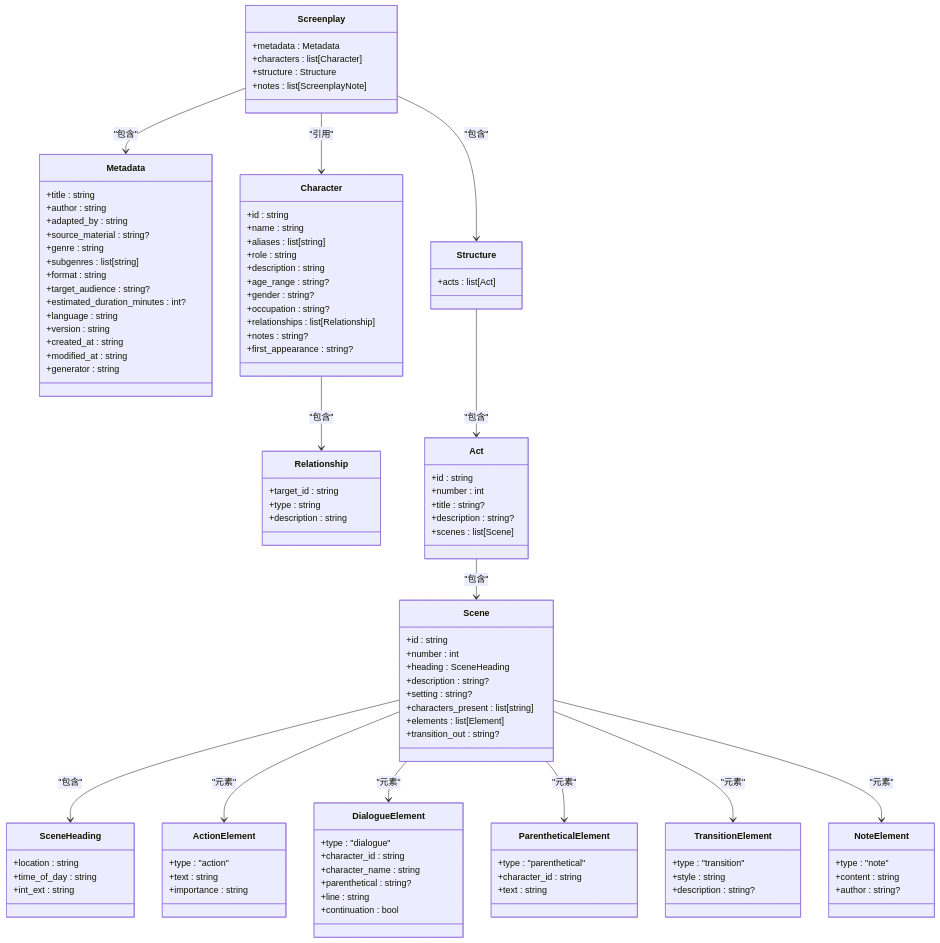
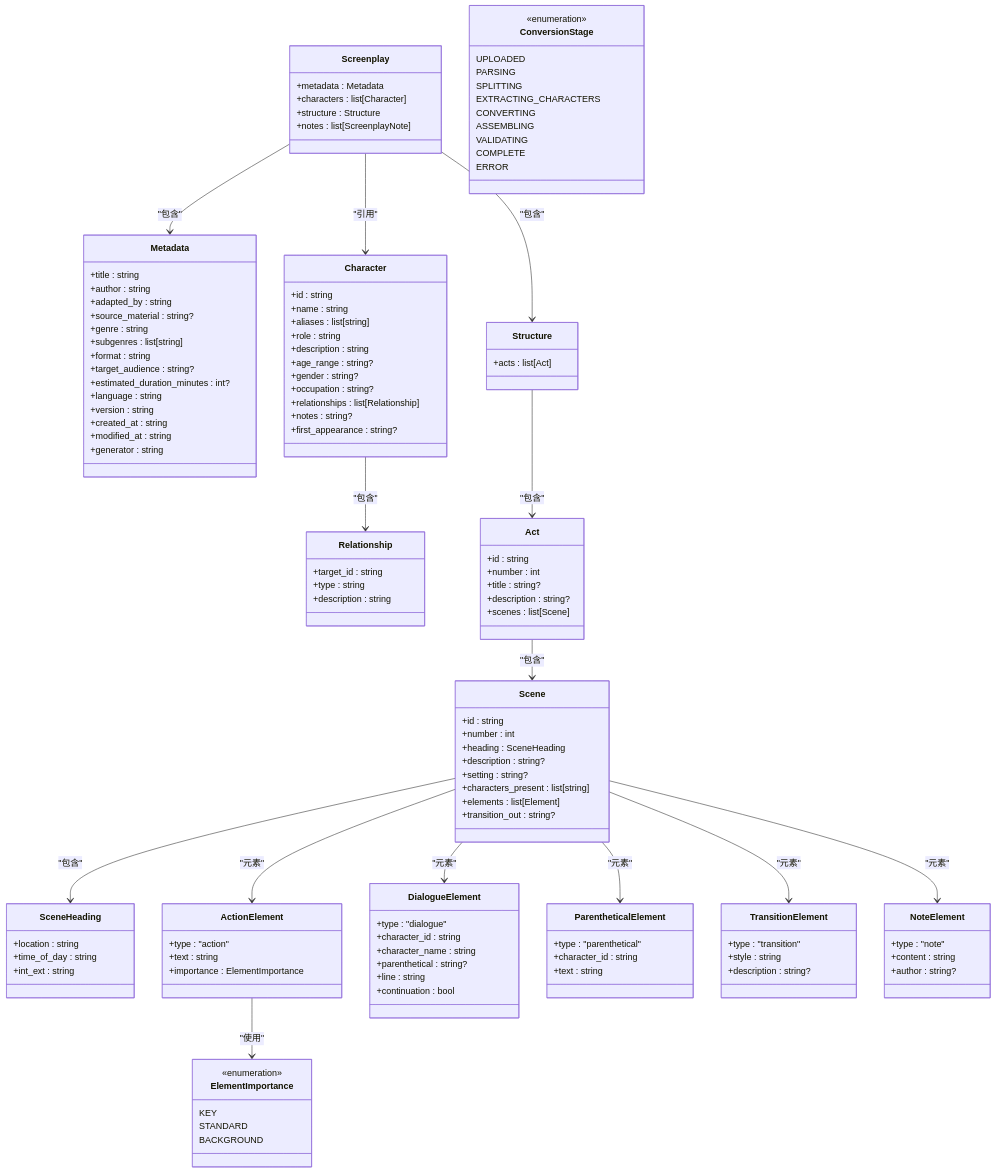
One commit to tjujingzong/Novel-to-Screenplay changed the second of 4 diagrams in .qoder/repowiki/zh/content/数据模型设计/数据模型设计.md. Above: the diagram before and after it, drawn with Mermaid. The commit also changed other lines of this file and 6 other files, not shown here.

````diff
--- a/.qoder/repowiki/zh/content/数据模型设计/数据模型设计.md
+++ b/.qoder/repowiki/zh/content/数据模型设计/数据模型设计.md
@@ -137,7 +166,7 @@
 class ActionElement {
 +type : "action"
 +text : string
-+importance : string
++importance : ElementImportance
 }
 class DialogueElement {
 +type : "dialogue"
@@ -188,6 +217,24 @@
 +structure : Structure
 +notes : list[ScreenplayNote]
 }
+class ElementImportance {
+<<enumeration>>
+KEY
+STANDARD
+BACKGROUND
+}
+class ConversionStage {
+<<enumeration>>
+UPLOADED
+PARSING
+SPLITTING
+EXTRACTING_CHARACTERS
+CONVERTING
+ASSEMBLING
+VALIDATING
+COMPLETE
+ERROR
+}
 Screenplay --> Metadata : "包含"
 Screenplay --> Structure : "包含"
 Screenplay --> Character : "引用"
@@ -200,4 +247,5 @@
 Scene --> TransitionElement : "元素"
 Scene --> NoteElement : "元素"
 Character --> Relationship : "包含"
+ActionElement --> ElementImportance : "使用"
 ```
````
